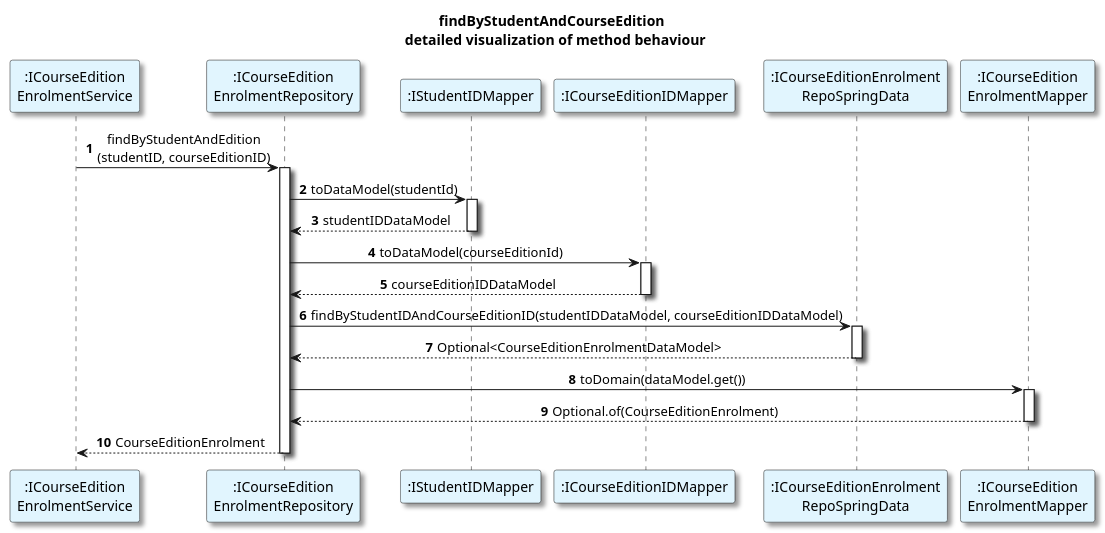
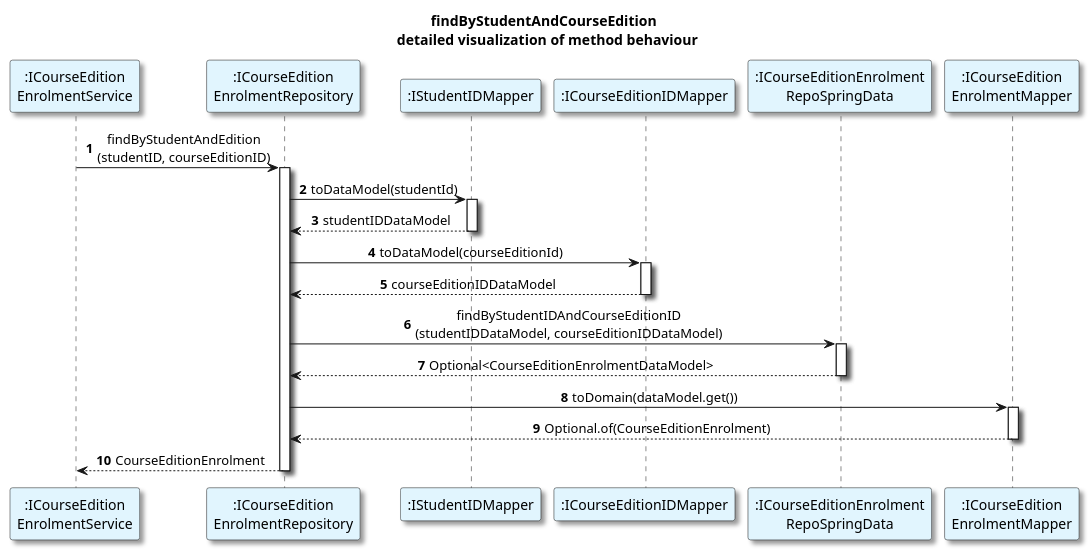
One commit to GasparISEP/DevOps-PAI changed the diagram in docs/US28/references/Sprint5/findByStudentAndCourseEdition_MethodReferenceJPA.puml. Above: the diagram before and after it, drawn with PlantUML. The commit also changed 1 other file, not shown here.

Commit message:
Add reference to detailed visualization of findByStudentAndProgrammeEdition method behaviour (from Enrolment Removal JPA sequence diagram) (Refs: #320, #365, #456)

```diff
--- a/docs/US28/references/Sprint5/findByStudentAndCourseEdition_MethodReferenceJPA.puml
+++ b/docs/US28/references/Sprint5/findByStudentAndCourseEdition_MethodReferenceJPA.puml
@@ -1,45 +1,45 @@
 @startuml
 
 title findByStudentAndCourseEdition \n detailed visualization of method behaviour
 autonumber
 skinparam {
   ActivityPadding 2
   ActivityMargin 2
   BoxPadding 2
 }
 skinparam defaultTextAlignment center
 skinparam shadowing true
 
 participant ":ICourseEdition\nEnrolmentService" as ICourseEditionEnrolmentService #E1F5FE
 participant ":ICourseEdition\nEnrolmentRepository" as ICourseEditionEnrolmentRepository #E1F5FE
 participant ":IStudentIDMapper" as StudentMapper #E1F5FE
 participant ":ICourseEditionIDMapper" as CourseMapper #E1F5FE
 participant ":ICourseEditionEnrolment\nRepoSpringData" as Repo #E1F5FE
 participant ":ICourseEdition\nEnrolmentMapper" as EnrolmentMapper #E1F5FE
 
 ICourseEditionEnrolmentService -> ICourseEditionEnrolmentRepository : findByStudentAndEdition\n(studentID, courseEditionID)
 activate ICourseEditionEnrolmentRepository
 
 
 ICourseEditionEnrolmentRepository -> StudentMapper : toDataModel(studentId)
 activate StudentMapper
 StudentMapper --> ICourseEditionEnrolmentRepository : studentIDDataModel
 deactivate StudentMapper
 
 ICourseEditionEnrolmentRepository -> CourseMapper : toDataModel(courseEditionId)
 activate CourseMapper
 CourseMapper --> ICourseEditionEnrolmentRepository : courseEditionIDDataModel
 deactivate CourseMapper
 
-ICourseEditionEnrolmentRepository -> Repo : findByStudentIDAndCourseEditionID(studentIDDataModel, courseEditionIDDataModel)
+ICourseEditionEnrolmentRepository -> Repo : findByStudentIDAndCourseEditionID\n(studentIDDataModel, courseEditionIDDataModel)
 activate Repo
 Repo --> ICourseEditionEnrolmentRepository : Optional<CourseEditionEnrolmentDataModel>
 deactivate Repo
 
     ICourseEditionEnrolmentRepository -> EnrolmentMapper : toDomain(dataModel.get())
     activate EnrolmentMapper
     EnrolmentMapper --> ICourseEditionEnrolmentRepository : Optional.of(CourseEditionEnrolment)
     deactivate EnrolmentMapper
 ICourseEditionEnrolmentRepository --> ICourseEditionEnrolmentService : CourseEditionEnrolment
 deactivate ICourseEditionEnrolmentRepository
 @enduml
```
